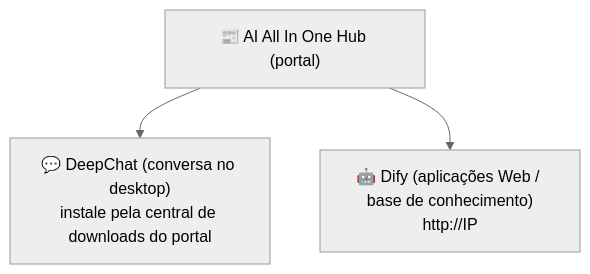
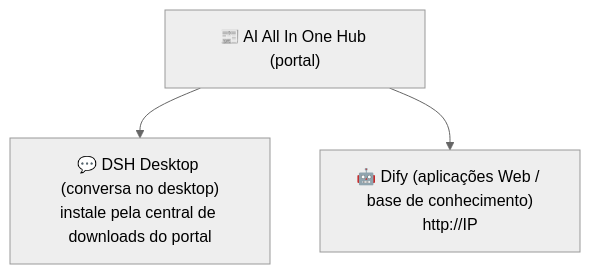
One commit to sdlyxianchao/AIAllInOne changed the diagram in docs/i18n/user-manual-pt/ch01-about.md. Above: the diagram before and after it, drawn with Mermaid (neutral theme). The commit also changed other lines of this file and 306 other files, not shown here.

````diff
--- a/docs/i18n/user-manual-pt/ch01-about.md
+++ b/docs/i18n/user-manual-pt/ch01-about.md
@@ -17,5 +17,5 @@
 ```mermaid
 flowchart TB
-    A["📰 AI All In One Hub (portal)"] --> B["💬 DeepChat (conversa no desktop)<br/>instale pela central de downloads do portal"]
+    A["📰 AI All In One Hub (portal)"] --> B["💬 DSH Desktop (conversa no desktop)<br/>instale pela central de downloads do portal"]
     A["📰 AI All In One Hub (portal)"] --> C["🤖 Dify (aplicações Web / base de conhecimento)<br/>http://IP"]
 ```
````
